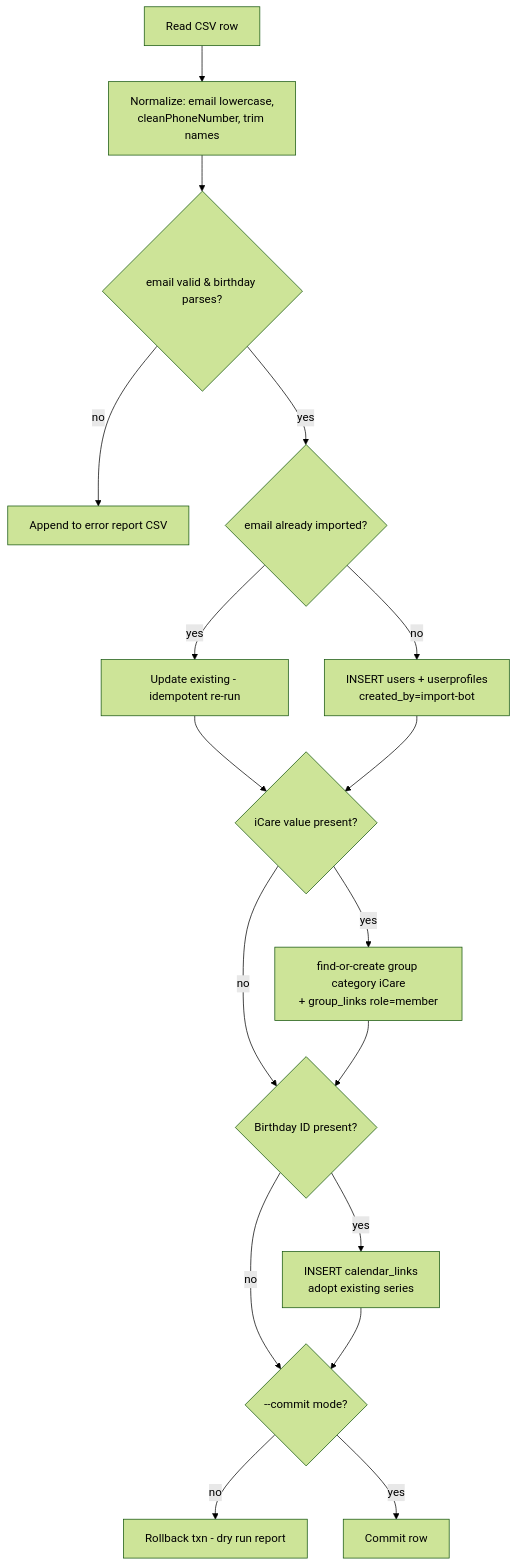
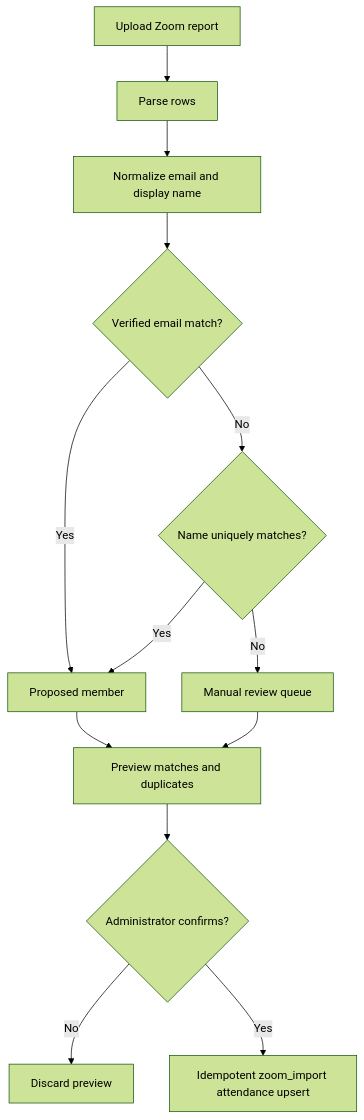
Before and after one commit to ijosh-ch/church-cms-laravel: the tenth of 11 diagrams in PRD.md, drawn with Mermaid (forest theme). The commit also changed other lines of this file and 11 other files, not shown here.

````diff
--- a/PRD.md
+++ b/PRD.md
@@ -544,19 +1256,15 @@
 ```mermaid
 flowchart TD
-    A[Read CSV row] --> B[Normalize: email lowercase,<br/>cleanPhoneNumber, trim names]
-    B --> C{email valid & birthday parses?}
-    C -->|no| E[Append to error report CSV]
-    C -->|yes| D{email already imported?}
-    D -->|yes| F[Update existing - idempotent re-run]
-    D -->|no| G[INSERT users + userprofiles<br/>created_by=import-bot]
-    F --> H{iCare value present?}
+    A[Upload Zoom report] --> B[Parse rows]
+    B --> C[Normalize email and display name]
+    C --> D{Verified email match?}
+    D -->|Yes| E[Proposed member]
+    D -->|No| F{Name uniquely matches?}
+    F -->|Yes| E
+    F -->|No| G[Manual review queue]
+    E --> H[Preview matches and duplicates]
     G --> H
-    H -->|yes| I[find-or-create group category iCare<br/>+ group_links role=member]
-    H -->|no| J{Birthday ID present?}
-    I --> J
-    J -->|yes| K[INSERT calendar_links<br/>adopt existing series]
-    J -->|no| L{--commit mode?}
-    K --> L
-    L -->|no| M[Rollback txn - dry run report]
-    L -->|yes| N[Commit row]
+    H --> I{Administrator confirms?}
+    I -->|No| J[Discard preview]
+    I -->|Yes| K[Idempotent zoom_import attendance upsert]
 ```
````
